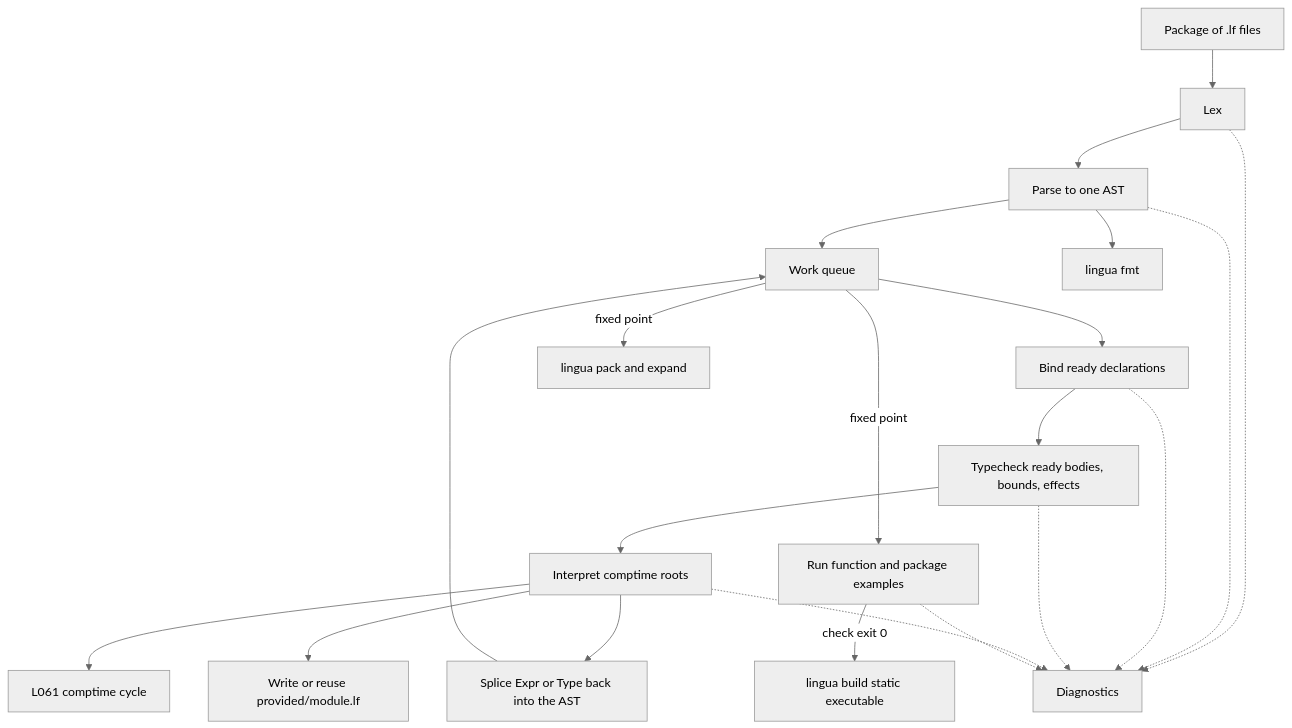
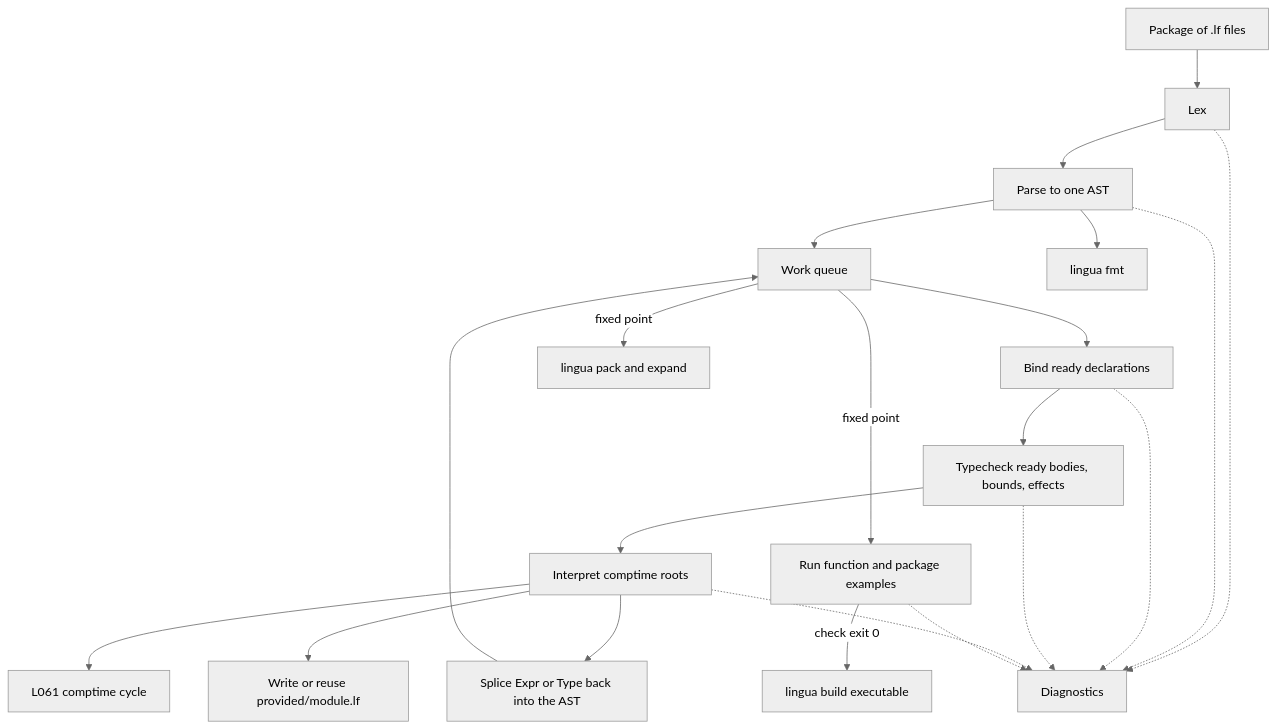
One commit to autobutler-org/lingua changed the first of 3 diagrams in docs/lingua1.md. Above: the diagram before and after it, drawn with Mermaid (neutral theme). The commit also changed other lines of this file and 1 other file, not shown here.

First line of the commit message:
9: design the native backend for lingua build (#10)

````diff
--- a/docs/lingua1.md
+++ b/docs/lingua1.md
@@ -134,32 +134,32 @@
 ```mermaid
 flowchart TD
   src[Package of .lf files]
   lex[Lex]
   parse[Parse to one AST]
   q[Work queue]
   bind[Bind ready declarations]
   tc[Typecheck ready bodies, bounds, effects]
   ev[Interpret comptime roots]
   sp[Splice Expr or Type back into the AST]
   cyc[L061 comptime cycle]
   ex[Run function and package examples]
   cache[Write or reuse provided/module.lf]
-  build[lingua build static executable]
+  build[lingua build executable]
   diag[Diagnostics]
   fmt[lingua fmt]
   pack[lingua pack and expand]
   src --> lex --> parse --> q
   q --> bind --> tc --> ev --> sp --> q
   ev --> cyc
   ev --> cache
   q -->|fixed point| ex
   q -->|fixed point| pack
   ex -->|check exit 0| build
   lex -.-> diag
   parse -.-> diag
   bind -.-> diag
   tc -.-> diag
   ev -.-> diag
   ex -.-> diag
   parse --> fmt
 ```
````
